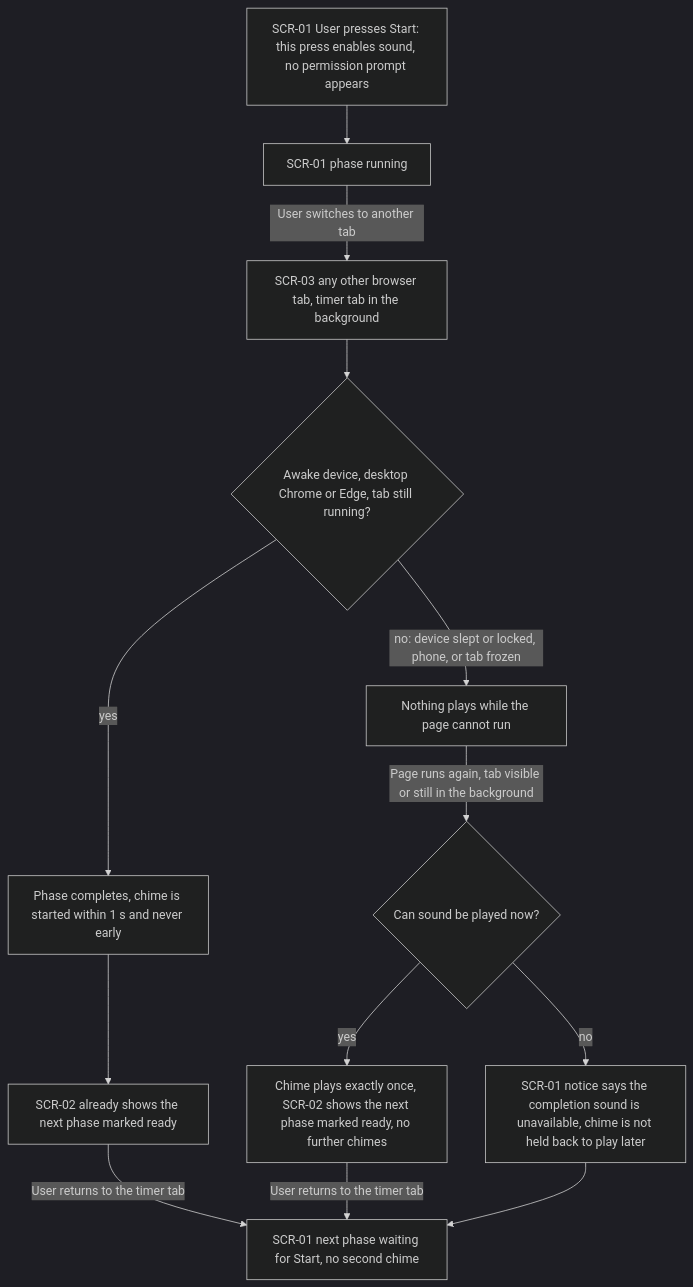
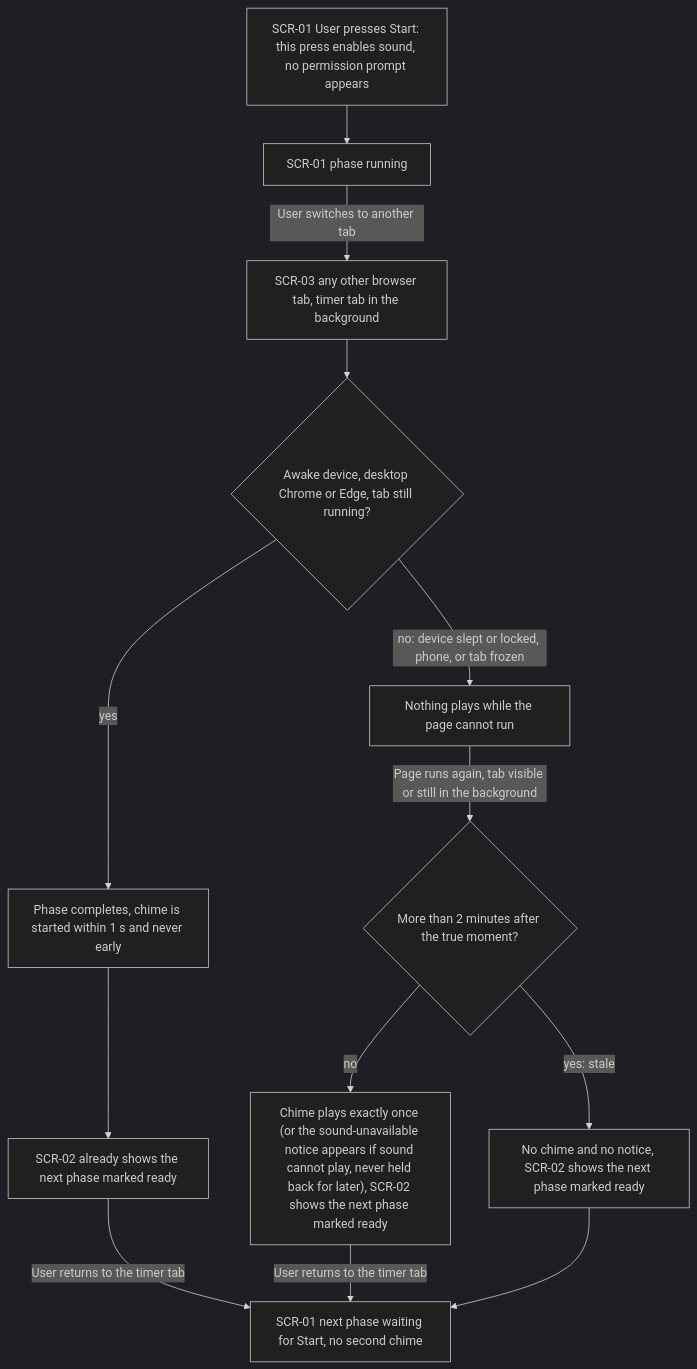
The fifth of 6 diagrams in docs/features/sensory-feedback/ux-flows.md (skush/pomodoro), drawn with Mermaid (dark theme) before and after one commit. The commit also changed other lines of this file and 16 other files, not shown here.

First line of the commit message:
feat(break-flow): no chime for a completion noticed more than 2 minutes late

````diff
--- a/docs/features/sensory-feedback/ux-flows.md
+++ b/docs/features/sensory-feedback/ux-flows.md
@@ -162,15 +162,15 @@
 ```mermaid
 flowchart TD
     A["SCR-01 User presses Start: this press enables sound, no permission prompt appears"] --> B["SCR-01 phase running"]
     B -->|"User switches to another tab"| C["SCR-03 any other browser tab, timer tab in the background"]
     C --> D{"Awake device, desktop Chrome or Edge, tab still running?"}
     D -->|"yes"| E["Phase completes, chime is started within 1 s and never early"]
     E --> F["SCR-02 already shows the next phase marked ready"]
     F -->|"User returns to the timer tab"| K["SCR-01 next phase waiting for Start, no second chime"]
     D -->|"no: device slept or locked, phone, or tab frozen"| G["Nothing plays while the page cannot run"]
-    G -->|"Page runs again, tab visible or still in the background"| H{"Can sound be played now?"}
-    H -->|"yes"| I["Chime plays exactly once, SCR-02 shows the next phase marked ready, no further chimes"]
-    H -->|"no"| J["SCR-01 notice says the completion sound is unavailable, chime is not held back to play later"]
+    G -->|"Page runs again, tab visible or still in the background"| H{"More than 2 minutes after the true moment?"}
+    H -->|"no"| I["Chime plays exactly once (or the sound-unavailable notice appears if sound cannot play, never held back for later), SCR-02 shows the next phase marked ready"]
+    H -->|"yes: stale"| J["No chime and no notice, SCR-02 shows the next phase marked ready"]
     I -->|"User returns to the timer tab"| K
     J --> K
 ```
````
